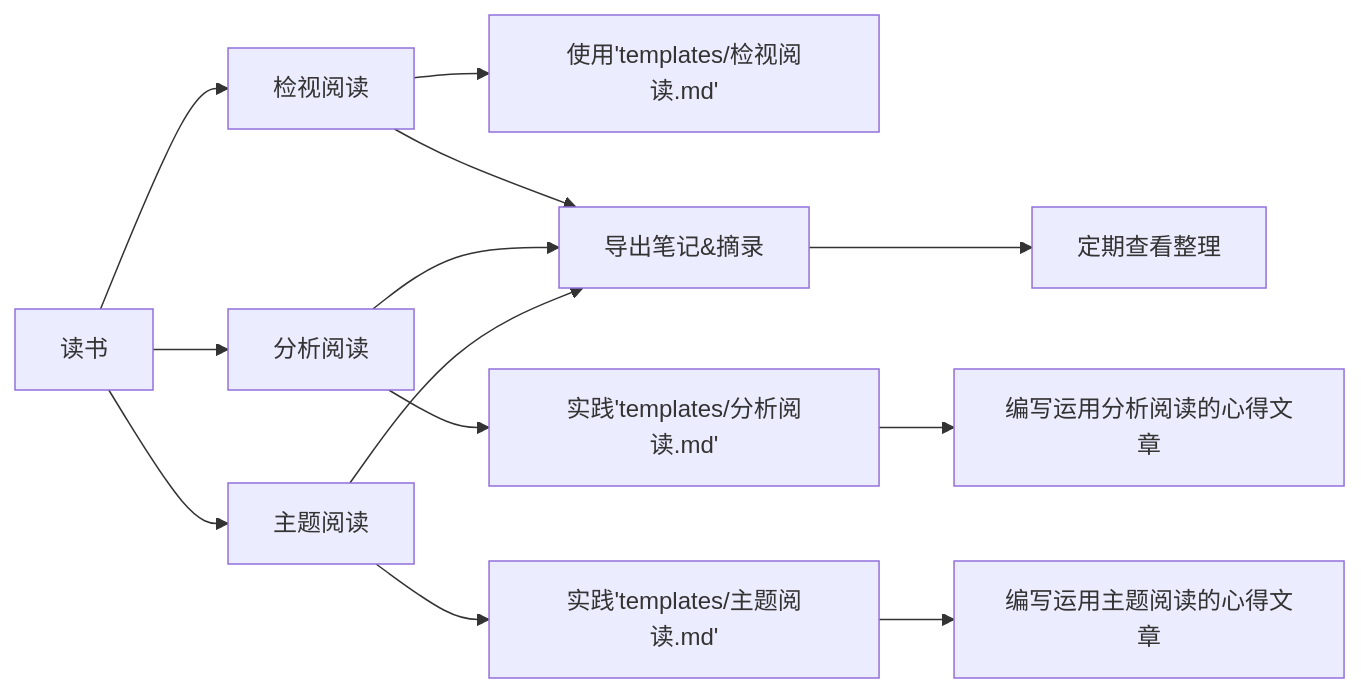
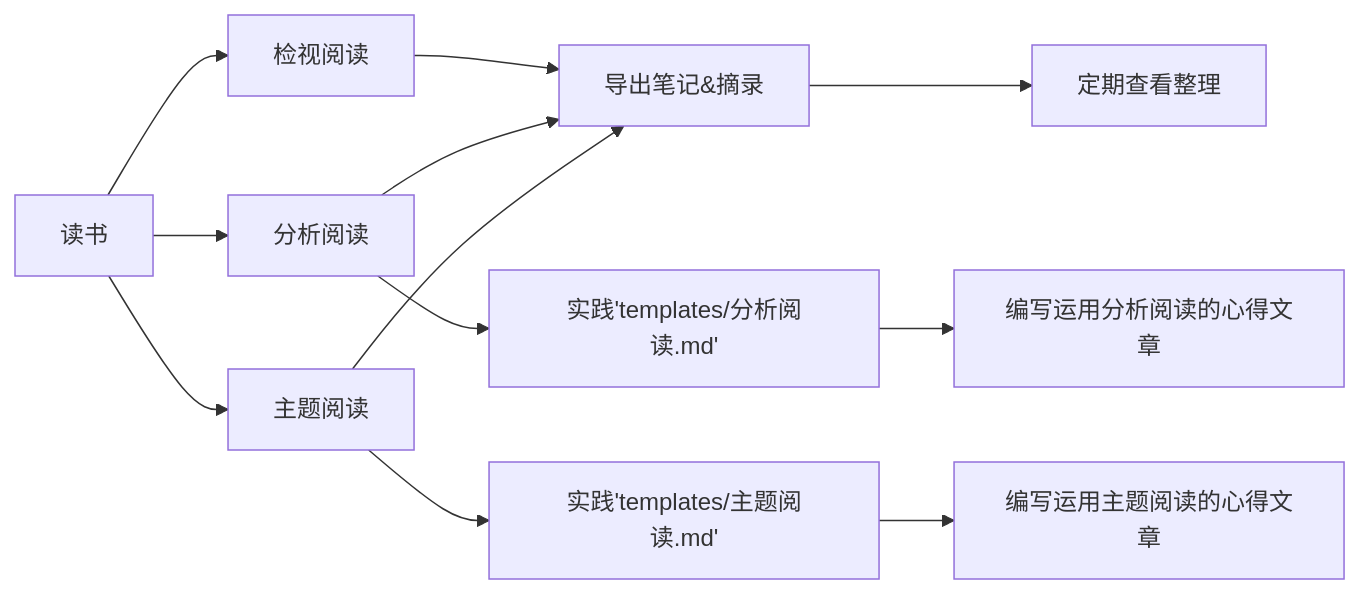
Before and after one commit to thomaszdxsn/notes: the second of 2 diagrams in README.md, drawn with Mermaid. The commit also changed 3 other files, not shown here.

````diff
--- a/README.md
+++ b/README.md
@@ -38,19 +38,18 @@
 ```mermaid
 graph LR;
     读书 --> 检视阅读;
-    检视阅读 --> 使用'templates/检视阅读.md';
     
     读书 --> 分析阅读;
     分析阅读 --> 实践'templates/分析阅读.md';
     实践'templates/分析阅读.md' --> 编写运用分析阅读的心得文章;
 
 
     读书 --> 主题阅读;
     主题阅读 --> 实践'templates/主题阅读.md';
     实践'templates/主题阅读.md' --> 编写运用主题阅读的心得文章;
 
     检视阅读 --> 导出笔记&摘录;
     分析阅读 --> 导出笔记&摘录;
     主题阅读 --> 导出笔记&摘录;
     导出笔记&摘录 --> 定期查看整理;
 ```
````
